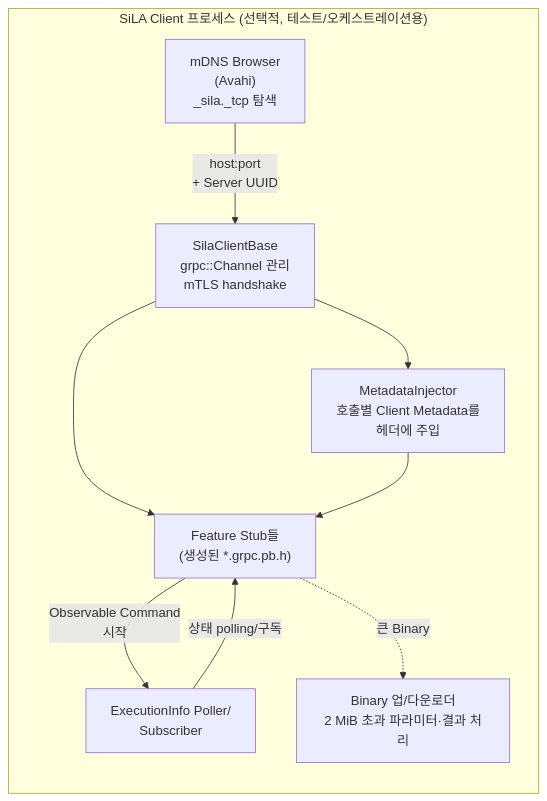
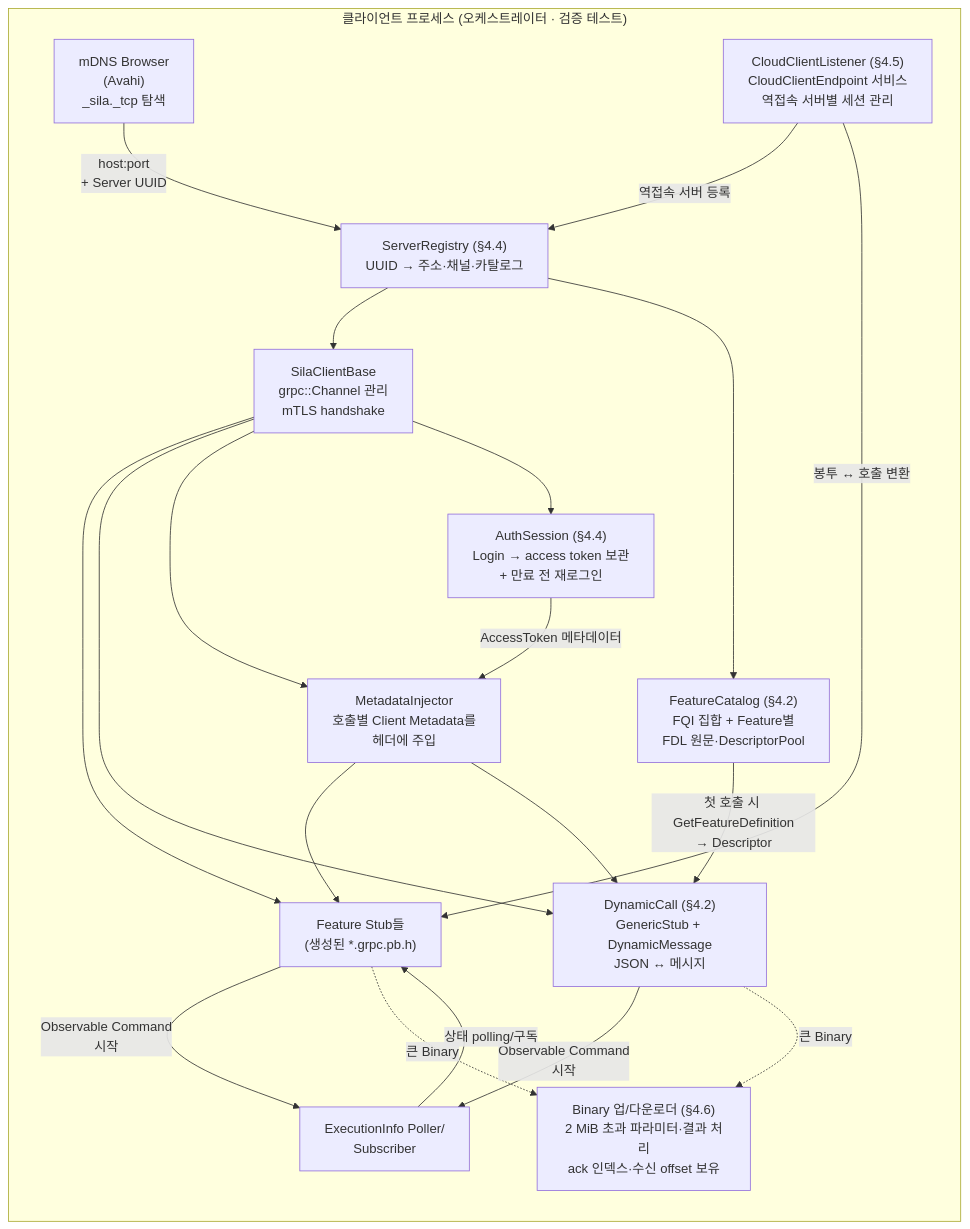
One commit to Yeounui/sila_cpp_r changed the ninth of 13 diagrams in reference/architecture.md. Above: the diagram before and after it, drawn with Mermaid. The commit also changed other lines of this file and 1 other file, not shown here.

First line of the commit message:
Promote auth, error recovery, and binary resume into implementation scope

````diff
--- a/reference/architecture.md
+++ b/reference/architecture.md
@@ -294,19 +520,35 @@
 ```mermaid
 flowchart LR
-    subgraph ClientProc["SiLA Client 프로세스 (선택적, 테스트/오케스트레이션용)"]
+    subgraph ClientProc["클라이언트 프로세스 (오케스트레이터 · 검증 테스트)"]
         Discovery["mDNS Browser<br/>(Avahi)<br/>_sila._tcp 탐색"]
+        Reg["ServerRegistry (§4.4)<br/>UUID → 주소·채널·카탈로그"]
         SCB["SilaClientBase<br/>grpc::Channel 관리<br/>mTLS handshake"]
         Stubs["Feature Stub들<br/>(생성된 *.grpc.pb.h)"]
+        Cat["FeatureCatalog (§4.2)<br/>FQI 집합 + Feature별<br/>FDL 원문·DescriptorPool"]
+        Dyn["DynamicCall (§4.2)<br/>GenericStub + DynamicMessage<br/>JSON ↔ 메시지"]
         Poller["ExecutionInfo Poller/<br/>Subscriber"]
         MDI["MetadataInjector<br/>호출별 Client Metadata를<br/>헤더에 주입"]
-        BinC["Binary 업/다운로더<br/>2 MiB 초과 파라미터·결과 처리"]
+        Auth["AuthSession (§4.4)<br/>Login → access token 보관<br/>+ 만료 전 재로그인"]
+        BinC["Binary 업/다운로더 (§4.6)<br/>2 MiB 초과 파라미터·결과 처리<br/>ack 인덱스·수신 offset 보유"]
+        CCL["CloudClientListener (§4.5)<br/>CloudClientEndpoint 서비스<br/>역접속 서버별 세션 관리"]
     end
 
-    Discovery -- "host:port<br/>+ Server UUID" --> SCB
+    Discovery -- "host:port<br/>+ Server UUID" --> Reg
+    CCL -- "역접속 서버 등록" --> Reg
+    Reg --> SCB
+    Reg --> Cat
     SCB --> Stubs
+    SCB --> Dyn
+    Cat -- "첫 호출 시 GetFeatureDefinition<br/>→ Descriptor" --> Dyn
     SCB --> MDI
+    SCB --> Auth
+    Auth -- "AccessToken 메타데이터" --> MDI
     MDI --> Stubs
+    MDI --> Dyn
     Stubs -- "Observable Command<br/>시작" --> Poller
+    Dyn -- "Observable Command<br/>시작" --> Poller
     Poller -- "상태 polling/구독" --> Stubs
     Stubs -. "큰 Binary" .-> BinC
+    Dyn -. "큰 Binary" .-> BinC
+    CCL -- "봉투 ↔ 호출 변환" --> Stubs
 ```
````
